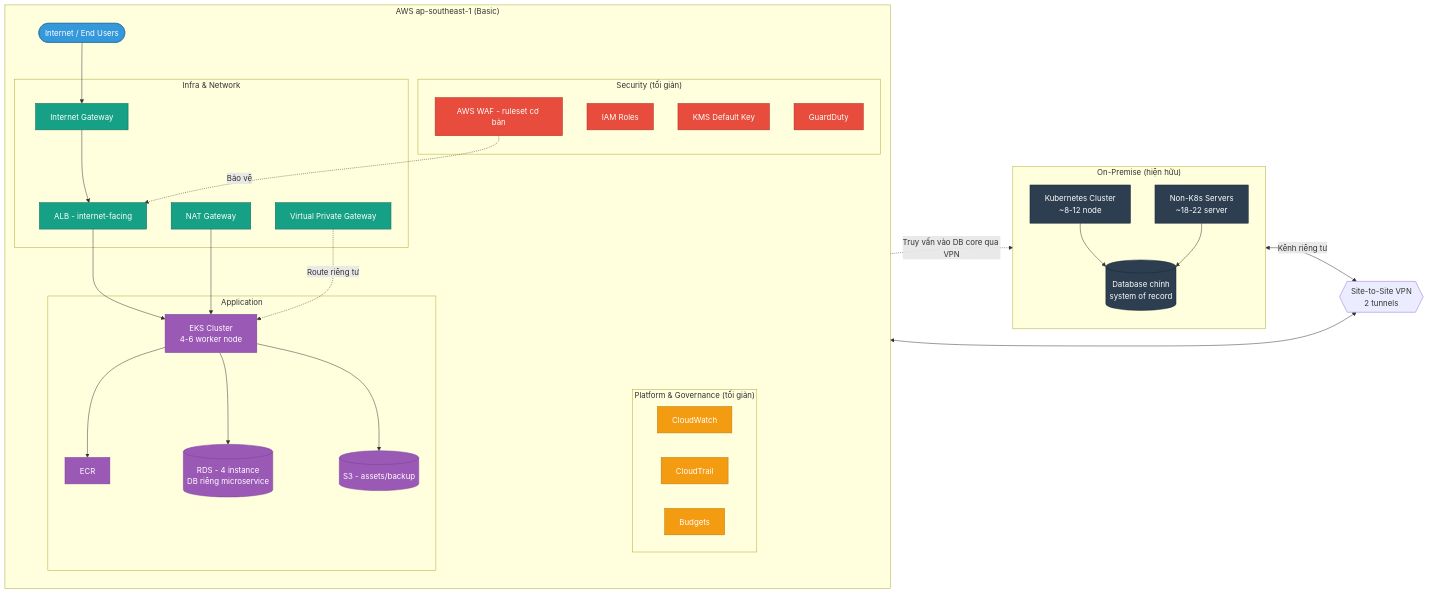
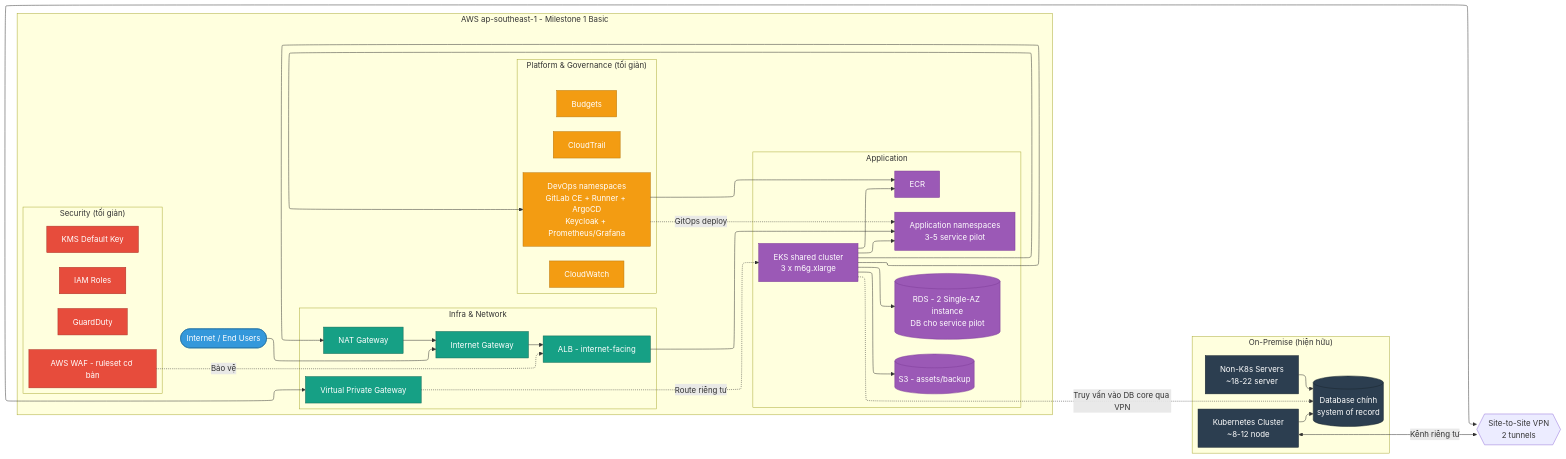
The first of 6 diagrams in aws-adoption-for-sme.md (hinorashi/homecommer), drawn with Mermaid before and after one commit. The commit also changed other lines of this file, not shown here.

Commit message:
chuyển thành 2 milestone

````diff
--- a/aws-adoption-for-sme.md
+++ b/aws-adoption-for-sme.md
@@ -176,71 +175,77 @@
 ```mermaid
 ---
 config:
-  layout: dagre
+  layout: elk
 ---
 flowchart LR
   Internet(["Internet / End Users"])
 
   subgraph OnPrem ["On-Premise (hiện hữu)"]
     direction TB
     OP_K8s[Kubernetes Cluster\n~8-12 node]
     OP_NonK8s[Non-K8s Servers\n~18-22 server]
     OP_DB[(Database chính\nsystem of record)]
     OP_K8s --> OP_DB
     OP_NonK8s --> OP_DB
   end
 
   VPN{{Site-to-Site VPN\n2 tunnels}}
 
-  subgraph AWS_Basic ["AWS ap-southeast-1 (Basic)"]
+  subgraph AWS_Basic ["AWS ap-southeast-1 - Milestone 1 Basic"]
     direction TB
     subgraph Net ["Infra & Network"]
       IGW[Internet Gateway]
       VGW[Virtual Private Gateway]
       NAT[NAT Gateway]
       ALB[ALB - internet-facing]
     end
     subgraph Sec ["Security (tối giản)"]
       IAM[IAM Roles]
       KMS[KMS Default Key]
       GD[GuardDuty]
       WAF[AWS WAF - ruleset cơ bản]
     end
     subgraph Plat ["Platform & Governance (tối giản)"]
       CW[CloudWatch]
       CT[CloudTrail]
       Budgets[Budgets]
+      DevOps[DevOps namespaces\nGitLab CE + Runner + ArgoCD\nKeycloak + Prometheus/Grafana]
     end
     subgraph App ["Application"]
-      EKS[EKS Cluster\n4-6 worker node]
+      EKS[EKS shared cluster\n3 x m6g.xlarge]
+      AppNS[Application namespaces\n3-5 service pilot]
       ECR[ECR]
-      RDS[(RDS - 4 instance\nDB riêng microservice)]
+      RDS[(RDS - 2 Single-AZ instance\nDB cho service pilot)]
       S3[(S3 - assets/backup)]
     end
     Internet --> IGW --> ALB
     WAF -.->|Bảo vệ| ALB
-    ALB --> EKS
+    ALB --> AppNS
+    EKS --> AppNS
+    EKS --> DevOps
+    DevOps --> ECR
+    DevOps -.->|GitOps deploy| AppNS
     EKS --> ECR
     EKS --> RDS
     EKS --> S3
-    NAT --> EKS
+    EKS --> NAT --> IGW
   end
 
   OP_K8s <-->|Kênh riêng tư| VPN
   VPN <--> VGW
   VGW -.->|Route riêng tư| EKS
   EKS -.->|Truy vấn vào DB core qua VPN| OP_DB
 
   classDef onprem fill:#2c3e50,stroke:#1a252f,color:#fff;
   classDef internet fill:#3498db,stroke:#2471a3,color:#fff;
   classDef netlayer fill:#16a085,stroke:#0e6655,color:#fff;
   classDef seclayer fill:#e74c3c,stroke:#a93226,color:#fff;
   classDef platlayer fill:#f39c12,stroke:#b9770e,color:#fff;
   classDef applayer fill:#9b59b6,stroke:#7d3c98,color:#fff;
   class OP_K8s,OP_NonK8s,OP_DB onprem;
   class Internet internet;
   class IGW,VGW,NAT,ALB netlayer;
   class IAM,KMS,GD,WAF seclayer;
-  class CW,CT,Budgets platlayer;
-  class EKS,ECR,RDS,S3 applayer;
+  class CW,CT,Budgets,DevOps platlayer;
+  class EKS,AppNS,ECR,RDS,S3 applayer;
 ```
````
